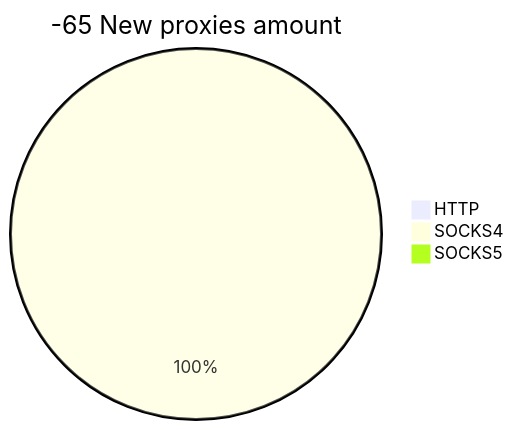
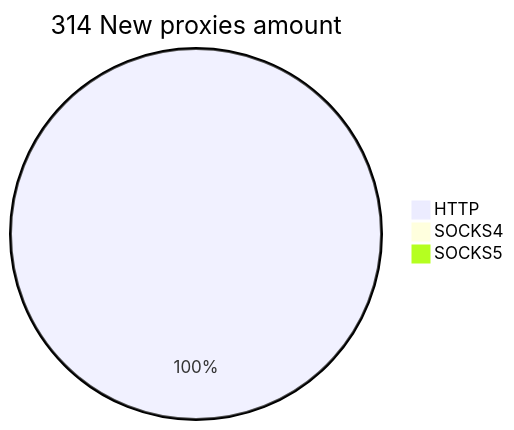
One commit to cutipu/proxylist changed the second of 2 diagrams in README.md. Above: the diagram before and after it, drawn with Mermaid. The commit also changed other lines of this file, not shown here.

````diff
--- a/README.md
+++ b/README.md
@@ -10,6 +10,6 @@
 ```mermaid
-pie title -65 New proxies amount
-    "HTTP" : 0
-    "SOCKS4" : 2
+pie title 314 New proxies amount
+    "HTTP" : 409
+    "SOCKS4" : 0
     "SOCKS5" : 0
 ```
````
